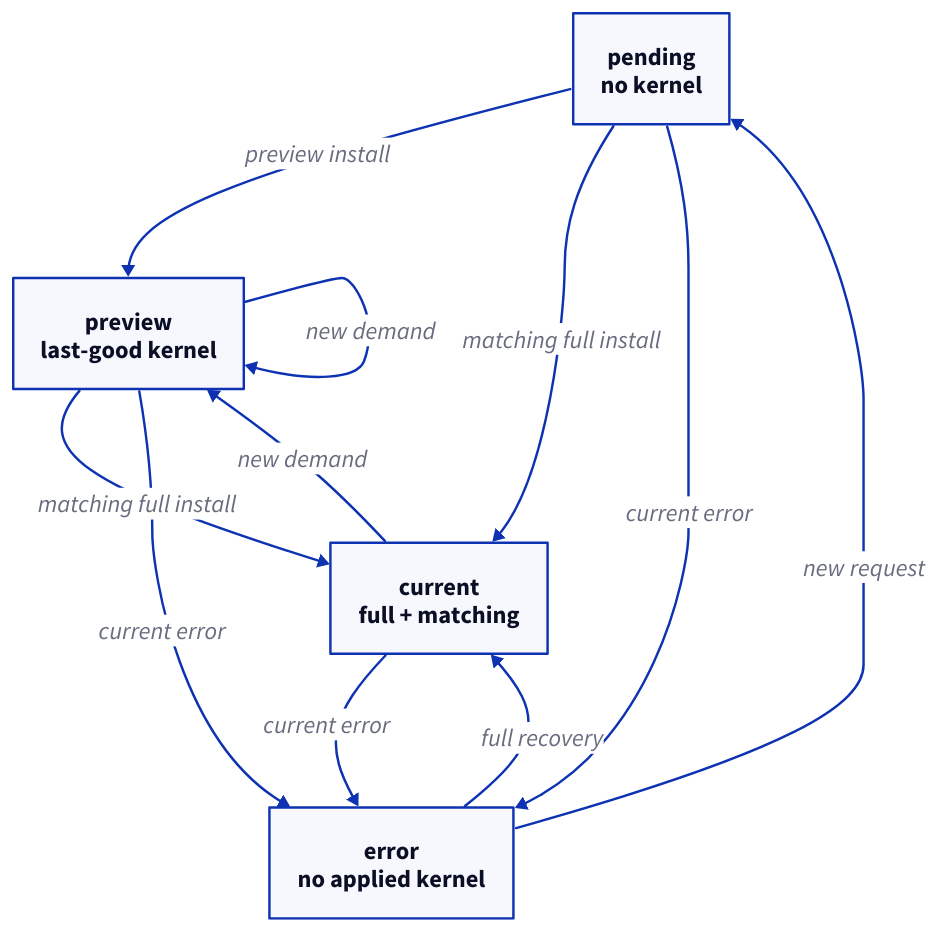
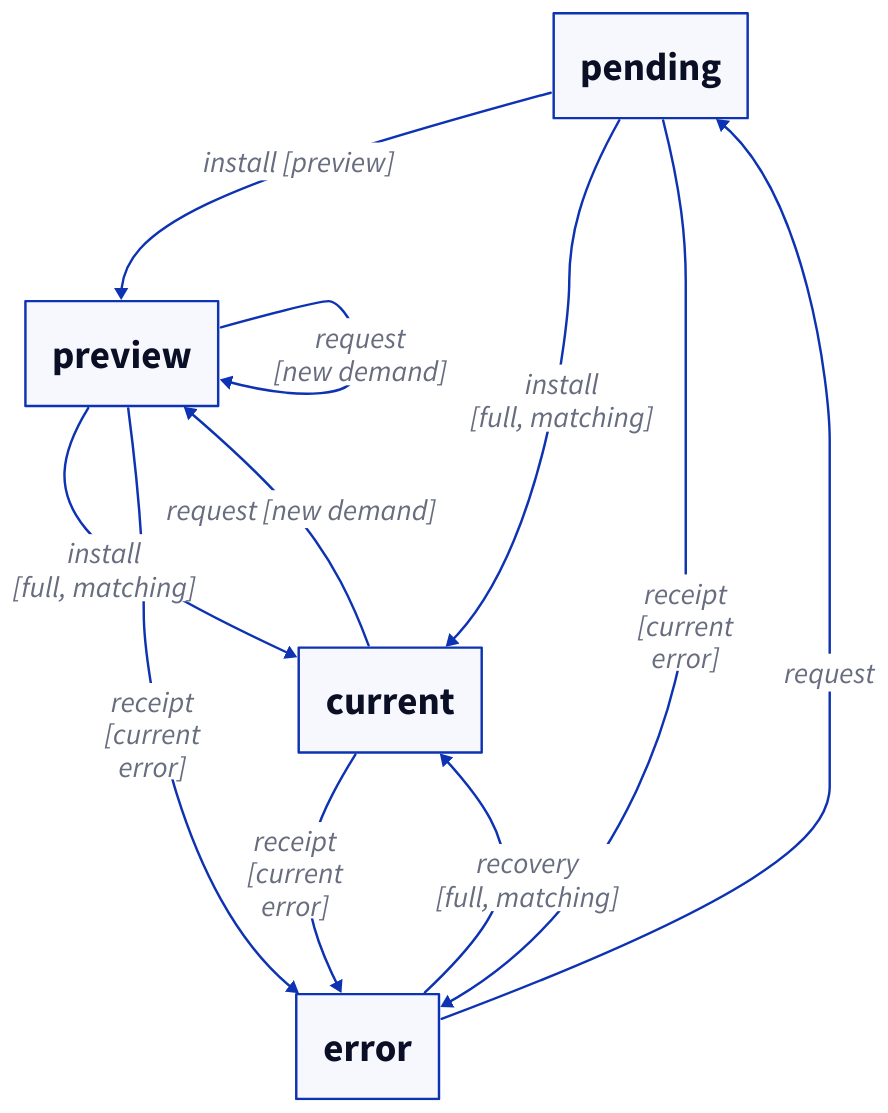
Before and after one commit to rei277hz/chromaticity: the diagram in products/perceptual-grade-book/docs/book/diagrams/02-node.d2, drawn with D2. The commit also changed 266 other files, not shown here.

```diff
--- a/products/perceptual-grade-book/docs/book/diagrams/02-node.d2
+++ b/products/perceptual-grade-book/docs/book/diagrams/02-node.d2
@@ -1,20 +1,20 @@
 direction: down
 
-pending: "pending\nno kernel"
-preview: "preview\nlast-good kernel"
-current: "current\nfull + matching"
-error: "error\nno applied kernel"
+pending: "pending"
+preview: "preview"
+current: "current"
+error: "error"
 
-pending -> preview: "preview install"
-pending -> current: "matching full install"
-preview -> current: "matching full install"
-current -> preview: "new demand"
-preview -> preview: "new demand"
-pending -> error: "current error"
-preview -> error: "current error"
-current -> error: "current error"
-error -> pending: "new request"
-error -> current: "full recovery"
+pending -> preview: "install [preview]"
+pending -> current: "install\n[full, matching]"
+preview -> current: "install\n[full, matching]"
+current -> preview: "request [new demand]"
+preview -> preview: "request\n[new demand]"
+pending -> error: "receipt\n[current\nerror]"
+preview -> error: "receipt\n[current\nerror]"
+current -> error: "receipt\n[current\nerror]"
+error -> pending: "request"
+error -> current: "recovery\n[full, matching]"
 
-**.style.font-size: 20
-(** -> **)[*].style.font-size: 20
+**.style.font-size: 32
+(** -> **)[*].style.font-size: 24
```
